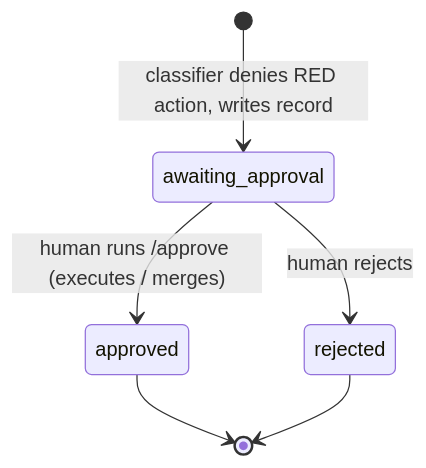
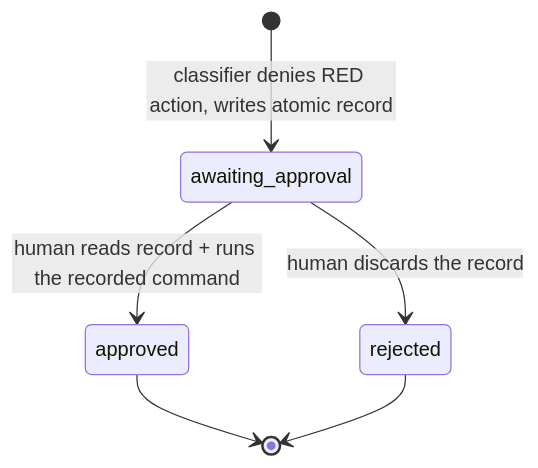
Before and after one commit to SDGuitarist/sandbox: the diagram in docs/plans/2026-06-21-feat-g1-risk-tiered-firebreak-plan.md, drawn with Mermaid. The commit also changed other lines of this file, not shown here.

````diff
--- a/docs/plans/2026-06-21-feat-g1-risk-tiered-firebreak-plan.md
+++ b/docs/plans/2026-06-21-feat-g1-risk-tiered-firebreak-plan.md
@@ -598,8 +600,8 @@
 ```mermaid
 stateDiagram-v2
-    [*] --> awaiting_approval: classifier denies RED action, writes record
-    awaiting_approval --> approved: human runs /approve (executes / merges)
-    awaiting_approval --> rejected: human rejects
+    [*] --> awaiting_approval: classifier denies RED action, writes atomic record
+    awaiting_approval --> approved: human reads record + runs the recorded command
+    awaiting_approval --> rejected: human discards the record
     approved --> [*]
     rejected --> [*]
 ```
````
